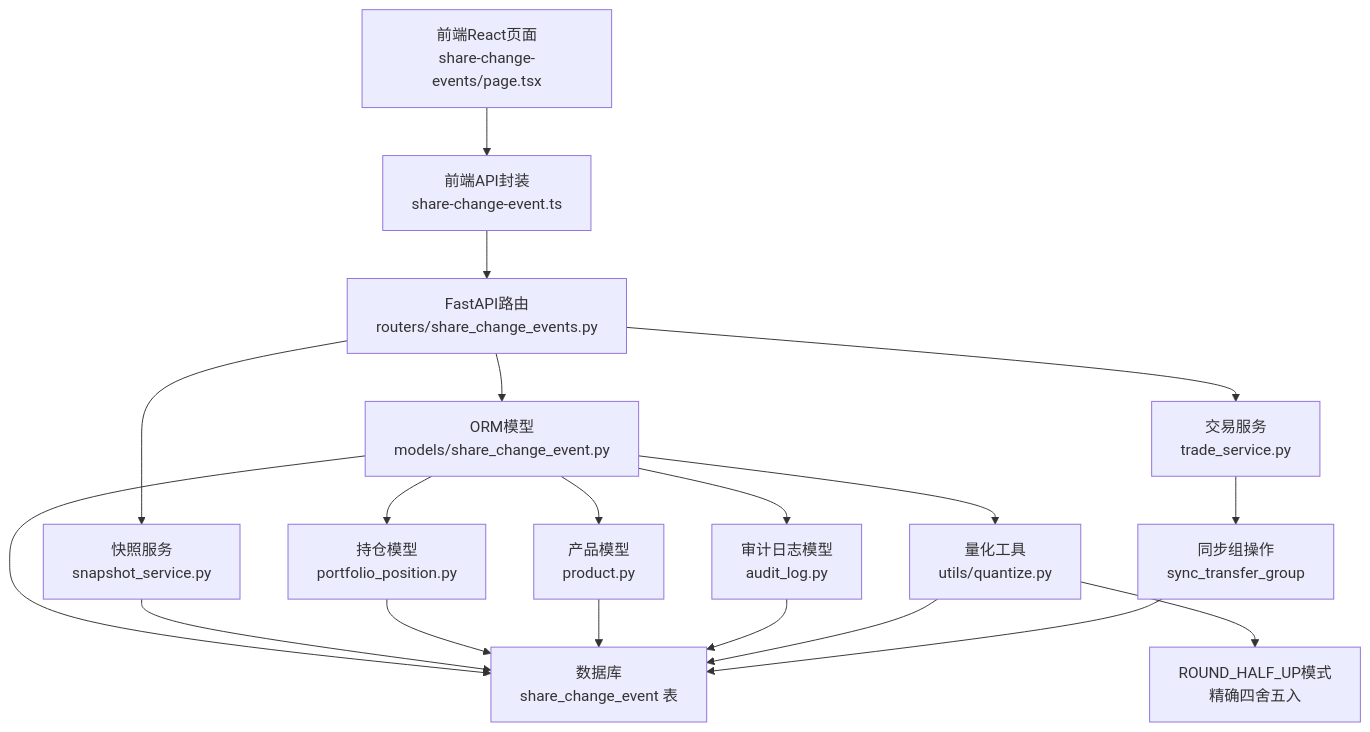
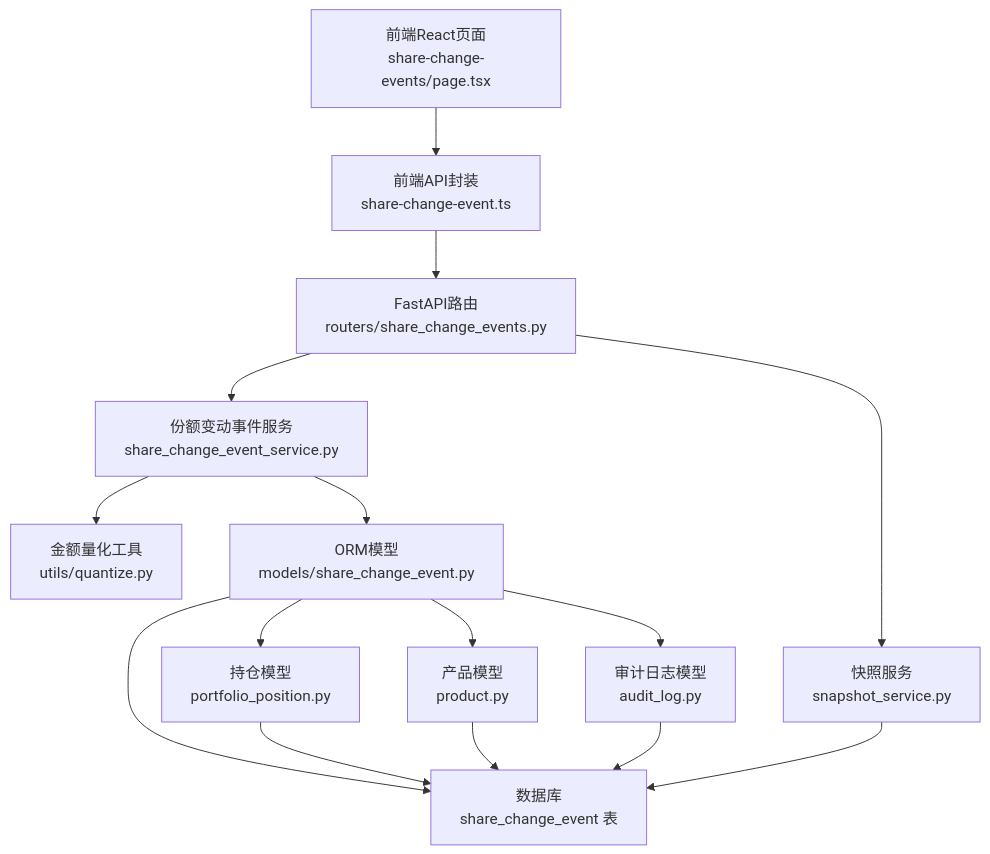
One commit to gujialind/InvestRing changed the first of 3 diagrams in .qoder/repowiki/zh/content/核心业务功能/份额变动事件.md. Above: the diagram before and after it, drawn with Mermaid. The commit also changed other lines of this file and 65 other files, not shown here.

````diff
--- a/.qoder/repowiki/zh/content/核心业务功能/份额变动事件.md
+++ b/.qoder/repowiki/zh/content/核心业务功能/份额变动事件.md
@@ -45,21 +40,17 @@
 ```mermaid
 graph TB
 FE["前端React页面<br/>share-change-events/page.tsx"] --> API["前端API封装<br/>share-change-event.ts"]
 API --> Router["FastAPI路由<br/>routers/share_change_events.py"]
-Router --> Model["ORM模型<br/>models/share_change_event.py"]
+Router --> Service["份额变动事件服务<br/>share_change_event_service.py"]
+Service --> Quantize["金额量化工具<br/>utils/quantize.py"]
+Service --> Model["ORM模型<br/>models/share_change_event.py"]
 Router --> SnapshotService["快照服务<br/>snapshot_service.py"]
 Model --> DB["数据库<br/>share_change_event 表"]
 SnapshotService --> DB
 Model --> PositionModel["持仓模型<br/>portfolio_position.py"]
 Model --> ProductModel["产品模型<br/>product.py"]
 Model --> AuditModel["审计日志模型<br/>audit_log.py"]
 PositionModel --> DB
 ProductModel --> DB
 AuditModel --> DB
-Model --> Quantize["量化工具<br/>utils/quantize.py"]
-Quantize --> DB
-Router --> TradeService["交易服务<br/>trade_service.py"]
-TradeService --> SyncTransferGroup["同步组操作<br/>sync_transfer_group"]
-SyncTransferGroup --> DB
-Quantize --> ROUND_HALF_UP["ROUND_HALF_UP模式<br/>精确四舍五入"]
 ```
````
